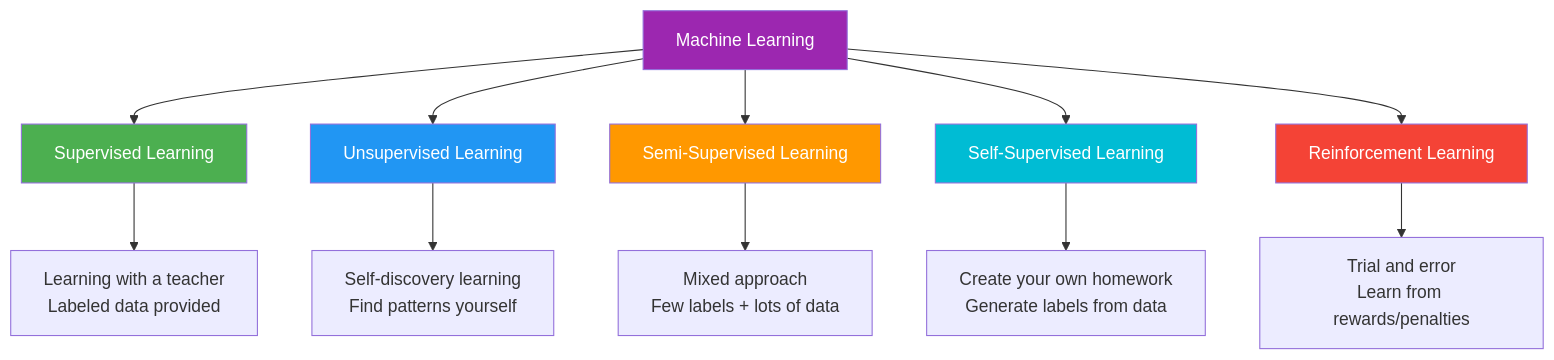
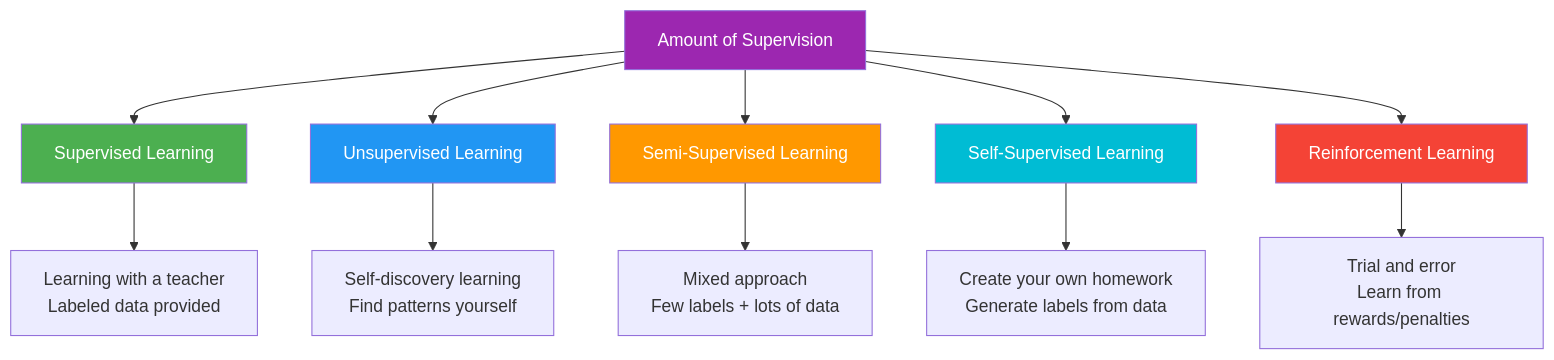
Before and after one commit to rachitgoyal14/supervised-unsupervised-notes: the second of 5 diagrams in machine-learning-sem-4/1. Types of Machine Learning.md, drawn with Mermaid. The commit also changed other lines of this file and 8 other files, not shown here.

````diff
--- a/machine-learning-sem-4/1. Types of Machine Learning.md
+++ b/machine-learning-sem-4/1. Types of Machine Learning.md
@@ -10,21 +32,21 @@
 ```mermaid
 graph TB
-    ML[Machine Learning] --> SL[Supervised Learning]
-    ML --> UL[Unsupervised Learning]
-    ML --> SSL[Semi-Supervised Learning]
-    ML --> SELF[Self-Supervised Learning]
-    ML --> RL[Reinforcement Learning]
+    SUP[Amount of Supervision] --> SL[Supervised Learning]
+    SUP --> UL[Unsupervised Learning]
+    SUP --> SSL[Semi-Supervised Learning]
+    SUP --> SELF[Self-Supervised Learning]
+    SUP --> RL[Reinforcement Learning]
     
     SL --> SL_DESC["Learning with a teacher<br/>Labeled data provided"]
     UL --> UL_DESC["Self-discovery learning<br/>Find patterns yourself"]
     SSL --> SSL_DESC["Mixed approach<br/>Few labels + lots of data"]
     SELF --> SELF_DESC["Create your own homework<br/>Generate labels from data"]
     RL --> RL_DESC["Trial and error<br/>Learn from rewards/penalties"]
     
-    style ML fill:#9C27B0,color:#fff
+    style SUP fill:#9C27B0,color:#fff
     style SL fill:#4CAF50,color:#fff
     style UL fill:#2196F3,color:#fff
     style SSL fill:#FF9800,color:#fff
     style SELF fill:#00BCD4,color:#fff
     style RL fill:#F44336,color:#fff
 ```
````
